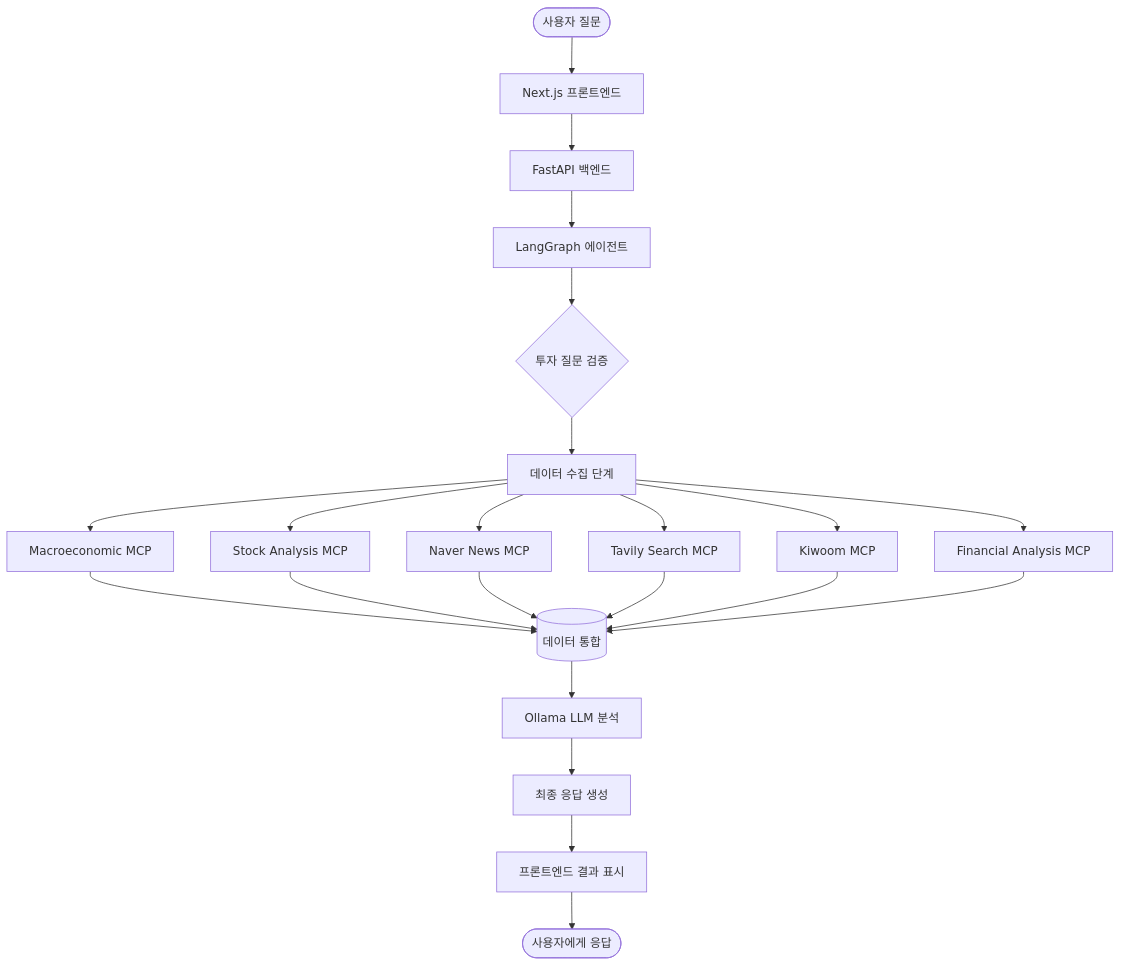
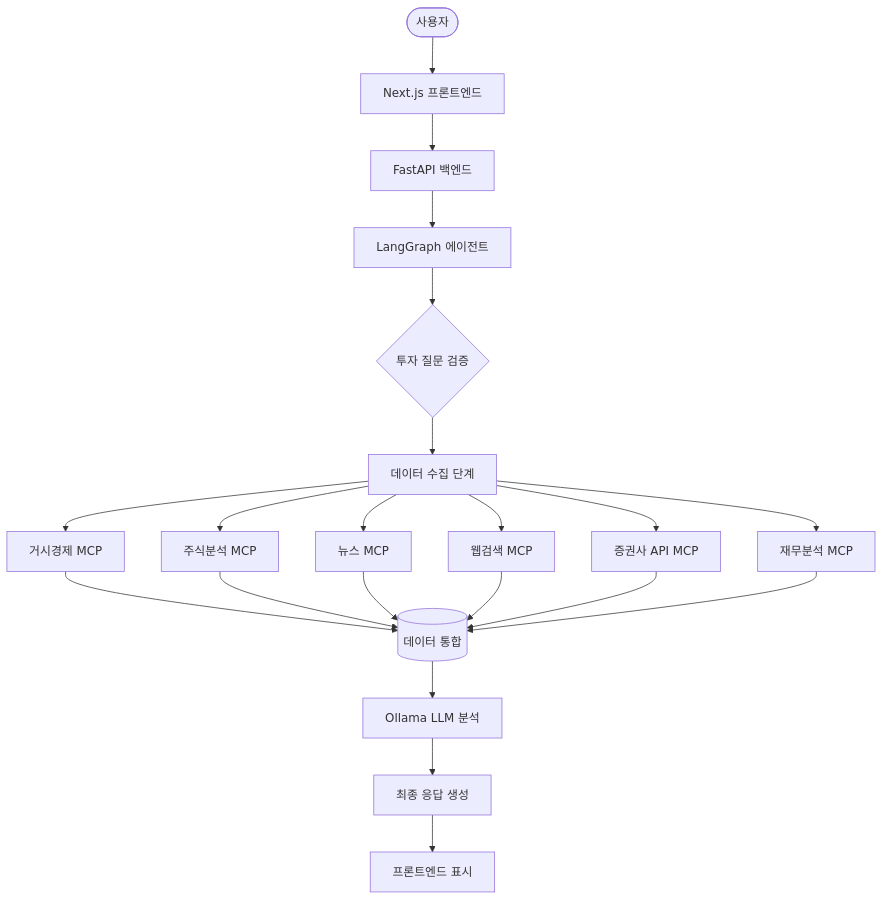
The diagram in README.md (myoungjelee/AI_MCP_A2A), drawn with Mermaid before and after one commit. The commit also changed other lines of this file, not shown here.

````diff
--- a/README.md
+++ b/README.md
@@ -39,33 +37,27 @@
 ```mermaid
 flowchart TD
-    %% 사용자 입력
-    A([사용자 질문]) --> B[Next.js 프론트엔드]
+    A([사용자]) --> B[Next.js 프론트엔드]
     B --> C[FastAPI 백엔드]
     C --> D[LangGraph 에이전트]
 
-    %% LangGraph 처리 단계
     D --> E{투자 질문 검증}
     E --> F[데이터 수집 단계]
 
-    %% MCP 서버들
-    F --> G[Macroeconomic MCP]
-    F --> H[Stock Analysis MCP]
-    F --> I[Naver News MCP]
-    F --> J[Tavily Search MCP]
-    F --> K[Kiwoom MCP]
-    F --> L[Financial Analysis MCP]
+    F --> G[거시경제 MCP]
+    F --> H[주식분석 MCP]
+    F --> I[뉴스 MCP]
+    F --> J[웹검색 MCP]
+    F --> K[증권사 API MCP]
+    F --> L[재무분석 MCP]
 
-    %% 데이터 통합
     G --> M[(데이터 통합)]
     H --> M
     I --> M
     J --> M
     K --> M
     L --> M
 
-    %% AI 분석 및 응답
     M --> N[Ollama LLM 분석]
     N --> O[최종 응답 생성]
-    O --> P[프론트엔드 결과 표시]
-    P --> Q([사용자에게 응답])
+    O --> P[프론트엔드 표시]
 ```
````
